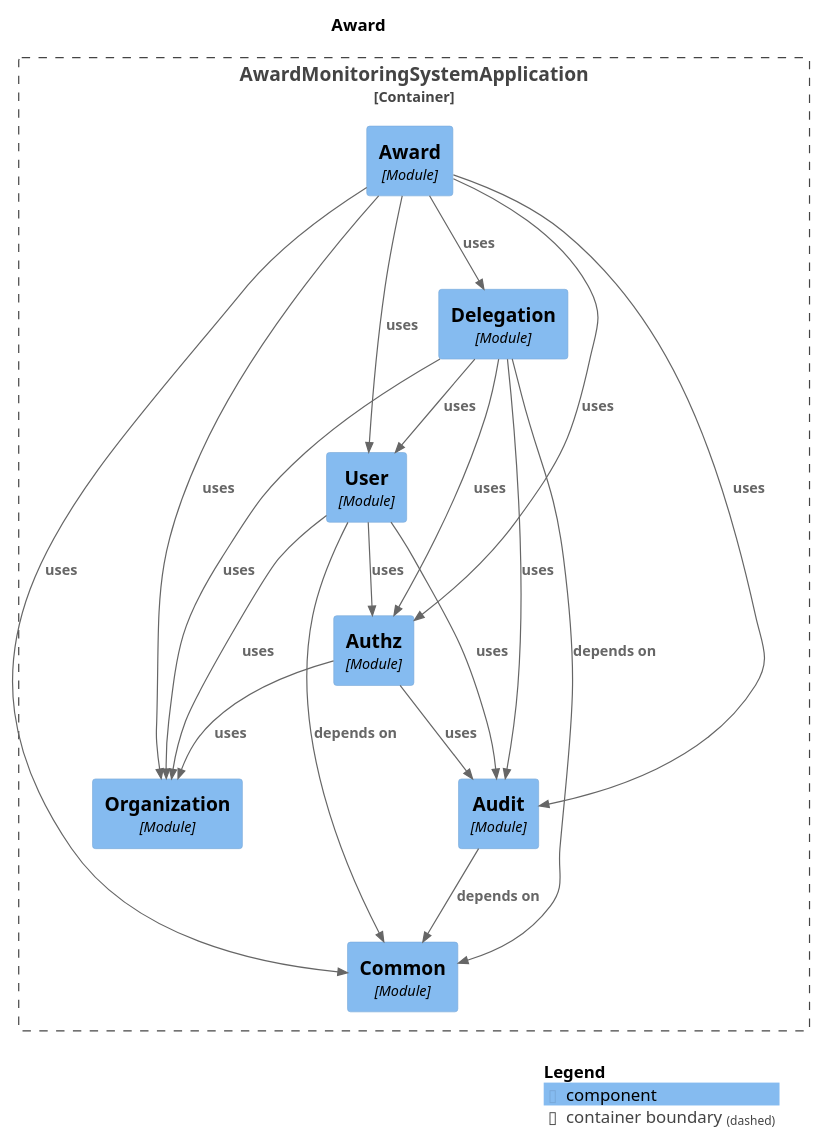
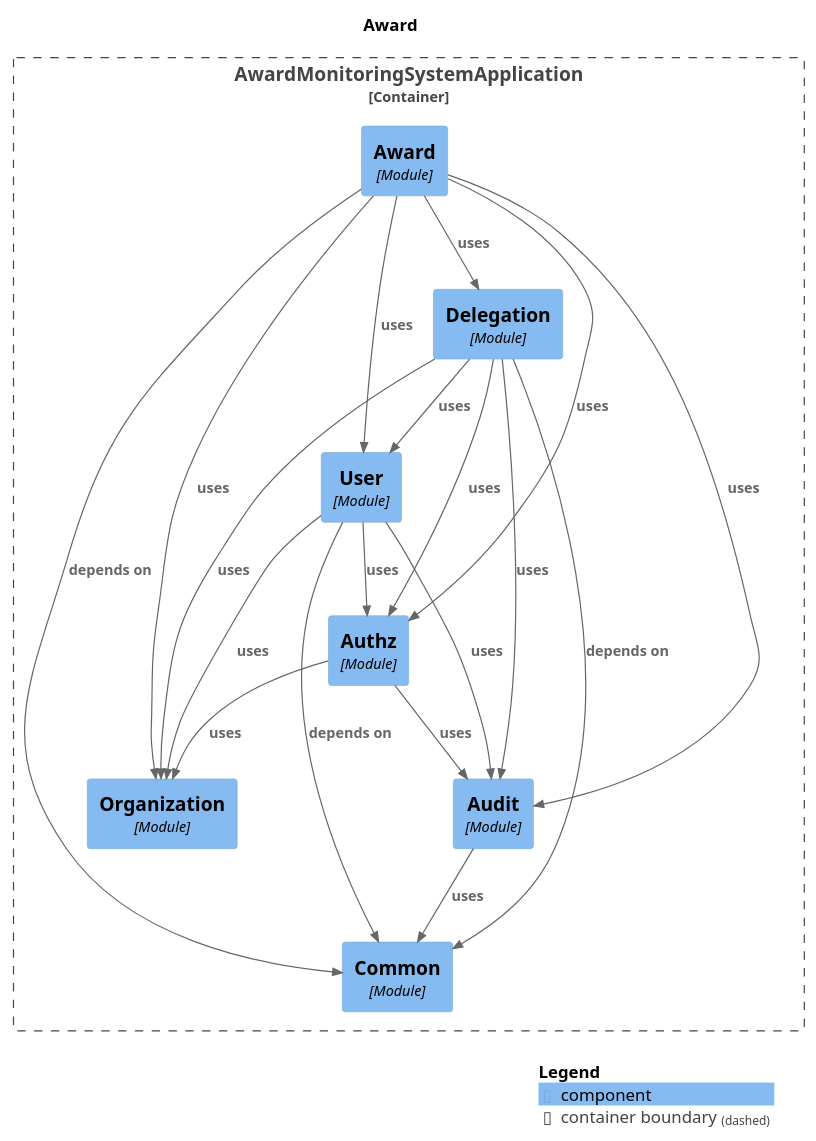
One commit to StKostyk/award-monitoring-system changed the diagram in docs/architecture/diagrams/modules/module-award.puml. Above: the diagram before and after it, drawn with PlantUML. The commit also changed 30 other files, not shown here.

```diff
--- a/docs/architecture/diagrams/modules/module-award.puml
+++ b/docs/architecture/diagrams/modules/module-award.puml
@@ -1,41 +1,41 @@
 @startuml
 set separator none
 title Award
 
 top to bottom direction
 
 !include <C4/C4>
 !include <C4/C4_Context>
 !include <C4/C4_Component>
 
 Container_Boundary("AwardMonitoringSystemApplication.AwardMonitoringSystemApplication_boundary", "AwardMonitoringSystemApplication", $tags="") {
   Component(AwardMonitoringSystemApplication.AwardMonitoringSystemApplication.Delegation, "Delegation", $techn="Module", $descr="", $tags="", $link="")
   Component(AwardMonitoringSystemApplication.AwardMonitoringSystemApplication.Award, "Award", $techn="Module", $descr="", $tags="", $link="")
   Component(AwardMonitoringSystemApplication.AwardMonitoringSystemApplication.Common, "Common", $techn="Module", $descr="", $tags="", $link="")
   Component(AwardMonitoringSystemApplication.AwardMonitoringSystemApplication.Organization, "Organization", $techn="Module", $descr="", $tags="", $link="")
   Component(AwardMonitoringSystemApplication.AwardMonitoringSystemApplication.Audit, "Audit", $techn="Module", $descr="", $tags="", $link="")
   Component(AwardMonitoringSystemApplication.AwardMonitoringSystemApplication.Authz, "Authz", $techn="Module", $descr="", $tags="", $link="")
   Component(AwardMonitoringSystemApplication.AwardMonitoringSystemApplication.User, "User", $techn="Module", $descr="", $tags="", $link="")
 }
 
-Rel(AwardMonitoringSystemApplication.AwardMonitoringSystemApplication.User, AwardMonitoringSystemApplication.AwardMonitoringSystemApplication.Common, "depends on", $techn="", $tags="", $link="")
+Rel(AwardMonitoringSystemApplication.AwardMonitoringSystemApplication.User, AwardMonitoringSystemApplication.AwardMonitoringSystemApplication.Authz, "uses", $techn="", $tags="", $link="")
 Rel(AwardMonitoringSystemApplication.AwardMonitoringSystemApplication.User, AwardMonitoringSystemApplication.AwardMonitoringSystemApplication.Organization, "uses", $techn="", $tags="", $link="")
-Rel(AwardMonitoringSystemApplication.AwardMonitoringSystemApplication.User, AwardMonitoringSystemApplication.AwardMonitoringSystemApplication.Authz, "uses", $techn="", $tags="", $link="")
 Rel(AwardMonitoringSystemApplication.AwardMonitoringSystemApplication.User, AwardMonitoringSystemApplication.AwardMonitoringSystemApplication.Audit, "uses", $techn="", $tags="", $link="")
+Rel(AwardMonitoringSystemApplication.AwardMonitoringSystemApplication.Authz, AwardMonitoringSystemApplication.AwardMonitoringSystemApplication.Audit, "uses", $techn="", $tags="", $link="")
+Rel(AwardMonitoringSystemApplication.AwardMonitoringSystemApplication.Authz, AwardMonitoringSystemApplication.AwardMonitoringSystemApplication.Organization, "uses", $techn="", $tags="", $link="")
+Rel(AwardMonitoringSystemApplication.AwardMonitoringSystemApplication.Audit, AwardMonitoringSystemApplication.AwardMonitoringSystemApplication.Common, "uses", $techn="", $tags="", $link="")
 Rel(AwardMonitoringSystemApplication.AwardMonitoringSystemApplication.Delegation, AwardMonitoringSystemApplication.AwardMonitoringSystemApplication.Common, "depends on", $techn="", $tags="", $link="")
 Rel(AwardMonitoringSystemApplication.AwardMonitoringSystemApplication.Delegation, AwardMonitoringSystemApplication.AwardMonitoringSystemApplication.Audit, "uses", $techn="", $tags="", $link="")
 Rel(AwardMonitoringSystemApplication.AwardMonitoringSystemApplication.Delegation, AwardMonitoringSystemApplication.AwardMonitoringSystemApplication.User, "uses", $techn="", $tags="", $link="")
 Rel(AwardMonitoringSystemApplication.AwardMonitoringSystemApplication.Delegation, AwardMonitoringSystemApplication.AwardMonitoringSystemApplication.Organization, "uses", $techn="", $tags="", $link="")
 Rel(AwardMonitoringSystemApplication.AwardMonitoringSystemApplication.Delegation, AwardMonitoringSystemApplication.AwardMonitoringSystemApplication.Authz, "uses", $techn="", $tags="", $link="")
-Rel(AwardMonitoringSystemApplication.AwardMonitoringSystemApplication.Authz, AwardMonitoringSystemApplication.AwardMonitoringSystemApplication.Audit, "uses", $techn="", $tags="", $link="")
-Rel(AwardMonitoringSystemApplication.AwardMonitoringSystemApplication.Authz, AwardMonitoringSystemApplication.AwardMonitoringSystemApplication.Organization, "uses", $techn="", $tags="", $link="")
-Rel(AwardMonitoringSystemApplication.AwardMonitoringSystemApplication.Audit, AwardMonitoringSystemApplication.AwardMonitoringSystemApplication.Common, "depends on", $techn="", $tags="", $link="")
+Rel(AwardMonitoringSystemApplication.AwardMonitoringSystemApplication.Award, AwardMonitoringSystemApplication.AwardMonitoringSystemApplication.Common, "depends on", $techn="", $tags="", $link="")
 Rel(AwardMonitoringSystemApplication.AwardMonitoringSystemApplication.Award, AwardMonitoringSystemApplication.AwardMonitoringSystemApplication.Audit, "uses", $techn="", $tags="", $link="")
 Rel(AwardMonitoringSystemApplication.AwardMonitoringSystemApplication.Award, AwardMonitoringSystemApplication.AwardMonitoringSystemApplication.User, "uses", $techn="", $tags="", $link="")
 Rel(AwardMonitoringSystemApplication.AwardMonitoringSystemApplication.Award, AwardMonitoringSystemApplication.AwardMonitoringSystemApplication.Organization, "uses", $techn="", $tags="", $link="")
 Rel(AwardMonitoringSystemApplication.AwardMonitoringSystemApplication.Award, AwardMonitoringSystemApplication.AwardMonitoringSystemApplication.Authz, "uses", $techn="", $tags="", $link="")
-Rel(AwardMonitoringSystemApplication.AwardMonitoringSystemApplication.Award, AwardMonitoringSystemApplication.AwardMonitoringSystemApplication.Common, "uses", $techn="", $tags="", $link="")
 Rel(AwardMonitoringSystemApplication.AwardMonitoringSystemApplication.Award, AwardMonitoringSystemApplication.AwardMonitoringSystemApplication.Delegation, "uses", $techn="", $tags="", $link="")
+Rel(AwardMonitoringSystemApplication.AwardMonitoringSystemApplication.User, AwardMonitoringSystemApplication.AwardMonitoringSystemApplication.Common, "depends on", $techn="", $tags="", $link="")
 
 SHOW_LEGEND(true)
 @enduml
```
